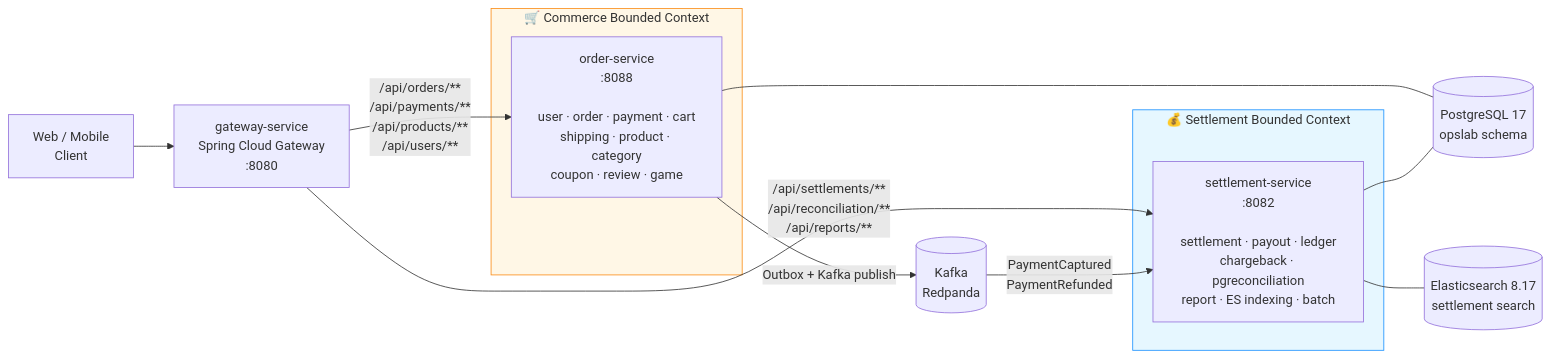
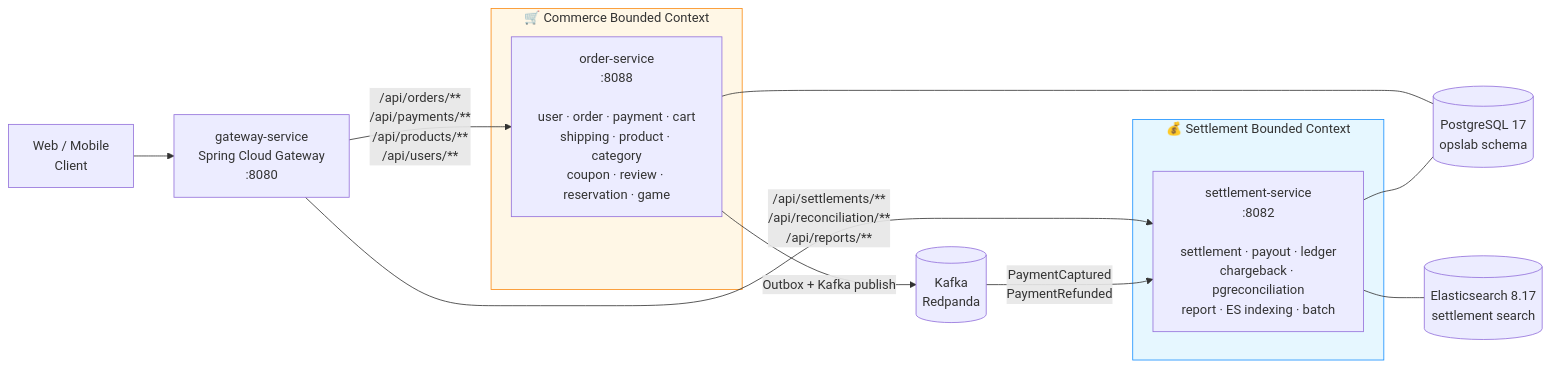
One commit to MyoungSoo7/settlement changed the diagram in README.md. Above: the diagram before and after it, drawn with Mermaid. The commit also changed other lines of this file and 24 other files, not shown here.

````diff
--- a/README.md
+++ b/README.md
@@ -33,26 +33,26 @@
 ```mermaid
 flowchart LR
     Client["Web / Mobile<br/>Client"] --> GW
     GW["gateway-service<br/>Spring Cloud Gateway<br/>:8080"]
 
     GW -->|/api/orders/**<br/>/api/payments/**<br/>/api/products/**<br/>/api/users/**| OS
     GW -->|/api/settlements/**<br/>/api/reconciliation/**<br/>/api/reports/**| SS
 
     subgraph commerce["🛒 Commerce Bounded Context"]
-        OS["order-service<br/>:8088<br/><br/>user · order · payment · cart<br/>shipping · product · category<br/>coupon · review · game"]
+        OS["order-service<br/>:8088<br/><br/>user · order · payment · cart<br/>shipping · product · category<br/>coupon · review · reservation · game"]
     end
 
     subgraph settlement["💰 Settlement Bounded Context"]
         SS["settlement-service<br/>:8082<br/><br/>settlement · payout · ledger<br/>chargeback · pgreconciliation<br/>report · ES indexing · batch"]
     end
 
     OS -->|Outbox + Kafka publish| K[(Kafka<br/>Redpanda)]
     K -->|PaymentCaptured<br/>PaymentRefunded| SS
 
     OS --- PG[(PostgreSQL 17<br/>opslab schema)]
     SS --- PG
     SS --- ES[(Elasticsearch 8.17<br/>settlement search)]
 
     style commerce fill:#fff7e6,stroke:#fa8c16
     style settlement fill:#e6f7ff,stroke:#1890ff
 ```
````
